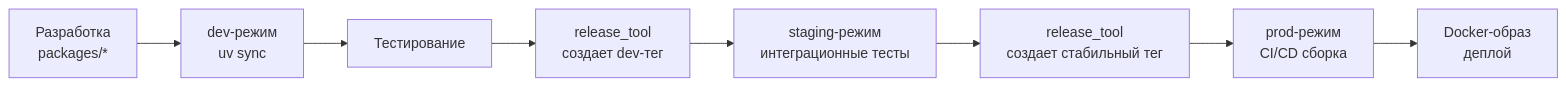
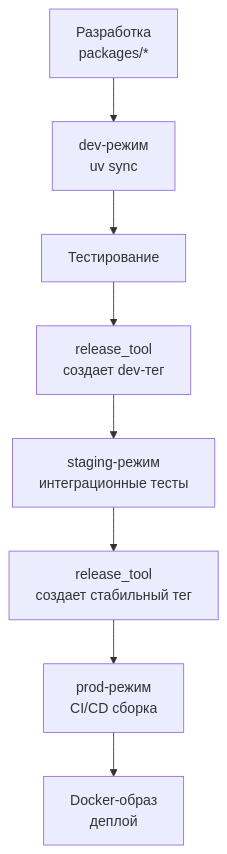
Before and after one commit to VLMHyperBenchTeam/model_qwen2.5_vl_lora: the diagram in docs/docs_new/01_concept_overview.md, drawn with Mermaid. The commit also changed other lines of this file, not shown here.

````diff
--- a/docs/docs_new/01_concept_overview.md
+++ b/docs/docs_new/01_concept_overview.md
@@ -76,10 +112,10 @@
 ```mermaid
-graph LR
+graph TD
     A[Разработка<br/>packages/*] --> B[dev-режим<br/>uv sync]
     B --> C[Тестирование]
     C --> D[release_tool<br/>создает dev-тег]
     D --> E[staging-режим<br/>интеграционные тесты]
     E --> F[release_tool<br/>создает стабильный тег]
     F --> G[prod-режим<br/>CI/CD сборка]
     G --> H[Docker-образ<br/>деплой]
 ```
````
